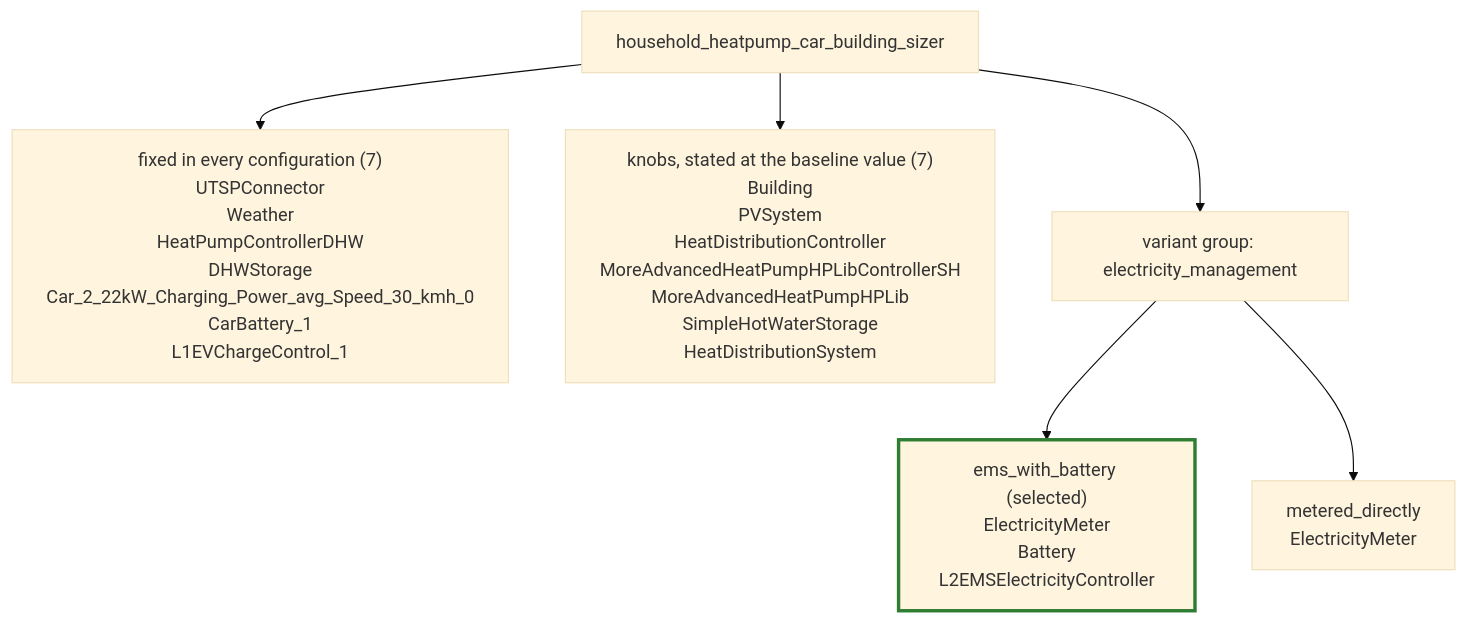
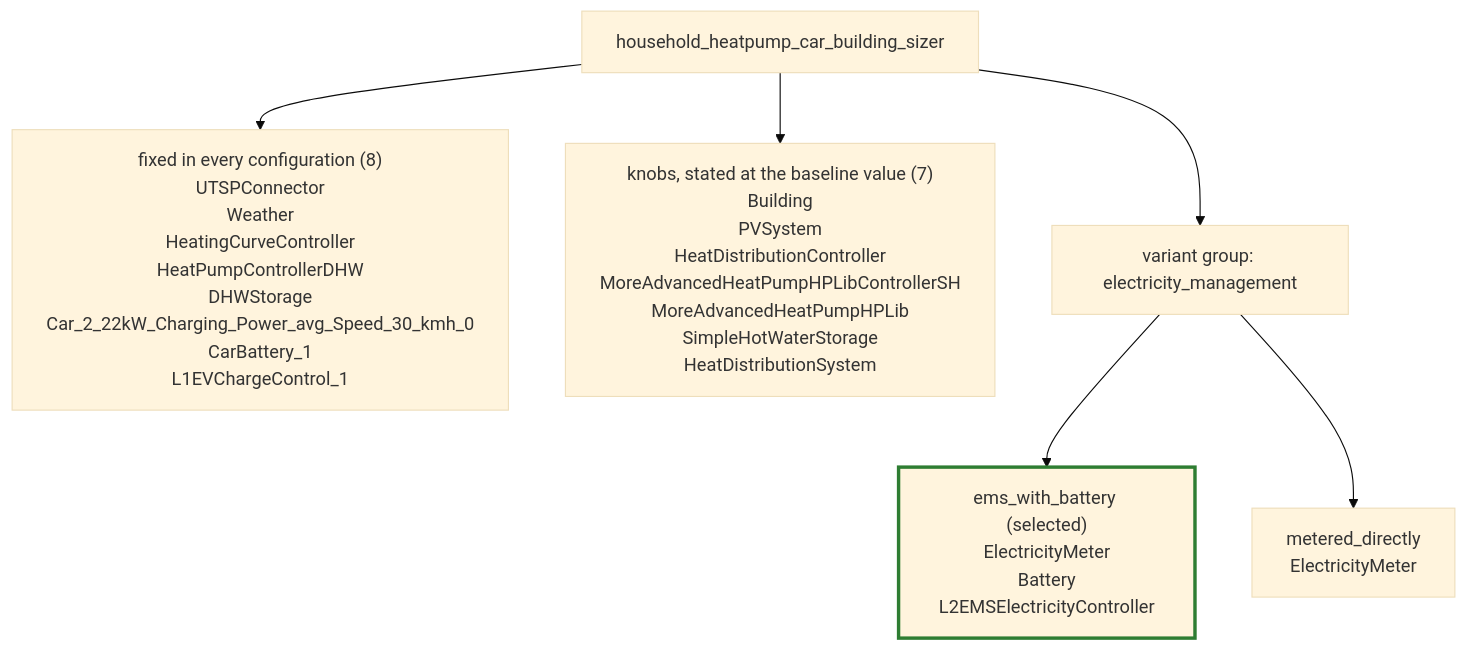
The seventh of 22 diagrams in roadmap/declarative_energy_systems/grouping_overview.md (FZJ-IEK3-VSA/HiSim), drawn with Mermaid (base theme) before and after one commit. The commit also changed other lines of this file and 114 other files, not shown here.

````diff
--- a/roadmap/declarative_energy_systems/grouping_overview.md
+++ b/roadmap/declarative_energy_systems/grouping_overview.md
@@ -360,18 +360,18 @@
 ```mermaid
 flowchart TD
     setup["household_heatpump_car_building_sizer"]
-    fixed["fixed in every configuration (7)<br/>UTSPConnector<br/>Weather<br/>HeatPumpControllerDHW<br/>DHWStorage<br/>Car_2_22kW_Charging_Power_avg_Speed_30_kmh_0<br/>CarBattery_1<br/>L1EVChargeControl_1"]
+    fixed["fixed in every configuration (8)<br/>UTSPConnector<br/>Weather<br/>HeatingCurveController<br/>HeatPumpControllerDHW<br/>DHWStorage<br/>Car_2_22kW_Charging_Power_avg_Speed_30_kmh_0<br/>CarBattery_1<br/>L1EVChargeControl_1"]
     knobs["knobs, stated at the baseline value (7)<br/>Building<br/>PVSystem<br/>HeatDistributionController<br/>MoreAdvancedHeatPumpHPLibControllerSH<br/>MoreAdvancedHeatPumpHPLib<br/>SimpleHotWaterStorage<br/>HeatDistributionSystem"]
     group1["variant group: electricity_management"]
     optA["ems_with_battery (selected)<br/>ElectricityMeter<br/>Battery<br/>L2EMSElectricityController"]
     optB["metered_directly<br/>ElectricityMeter"]
 
     setup --> fixed
     setup --> knobs
     setup --> group1
     group1 --> optA
     group1 --> optB
 
     classDef selected stroke:#2e7d32,stroke-width:3px;
     class optA selected;
 ```
````
